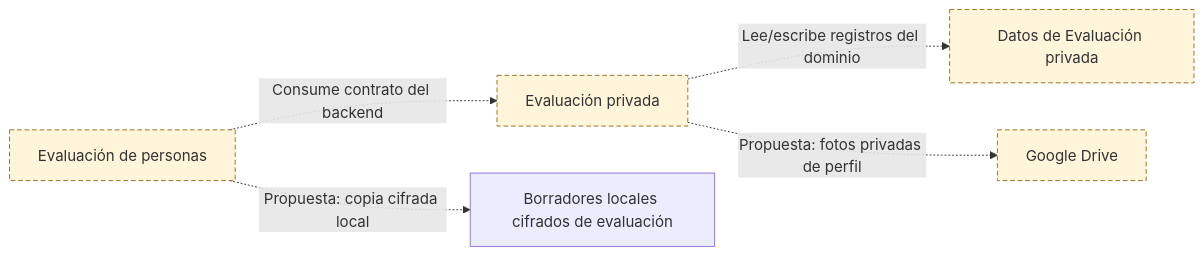
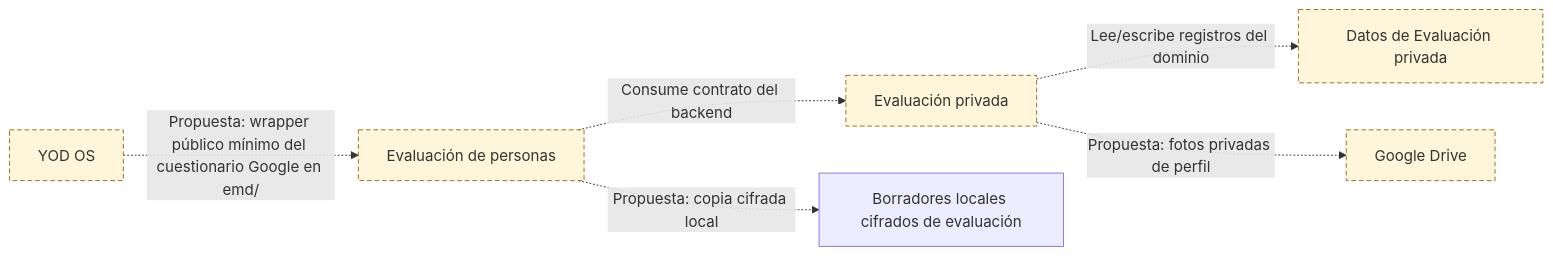
One commit to yodesarrollomx/yod-portal changed the seventh of 11 diagrams in docs/arquitectura/mapas.md. Above: the diagram before and after it, drawn with Mermaid. The commit also changed other lines of this file and 9 other files, not shown here.

````diff
--- a/docs/arquitectura/mapas.md
+++ b/docs/arquitectura/mapas.md
@@ -291,17 +294,20 @@
 ```mermaid
 flowchart LR
+  n_SYS_YOD_OS["YOD OS"]
   n_SYS_EMD["Evaluación de personas"]
   n_GAS_EMD["Evaluación privada"]
   n_SHEET_EMD["Datos de Evaluación privada"]
   n_EXT_DRIVE["Google Drive"]
   n_STORE_EMD_DRAFTS["Borradores locales cifrados de evaluación"]
   n_GAS_EMD -.->|Lee/escribe registros del dominio| n_SHEET_EMD
   n_SYS_EMD -.->|Consume contrato del backend| n_GAS_EMD
   n_GAS_EMD -.->|Propuesta: fotos privadas de perfil| n_EXT_DRIVE
   n_SYS_EMD -.->|Propuesta: copia cifrada local| n_STORE_EMD_DRAFTS
+  n_SYS_YOD_OS -.->|Propuesta: wrapper público mínimo del cuestionario Google en emd/| n_SYS_EMD
   classDef pendiente fill:#fff5da,stroke:#996d16,stroke-dasharray:5 3;
+  class n_SYS_YOD_OS pendiente;
   class n_SYS_EMD pendiente;
   class n_GAS_EMD pendiente;
   class n_SHEET_EMD pendiente;
   class n_EXT_DRIVE pendiente;
 ```
````
